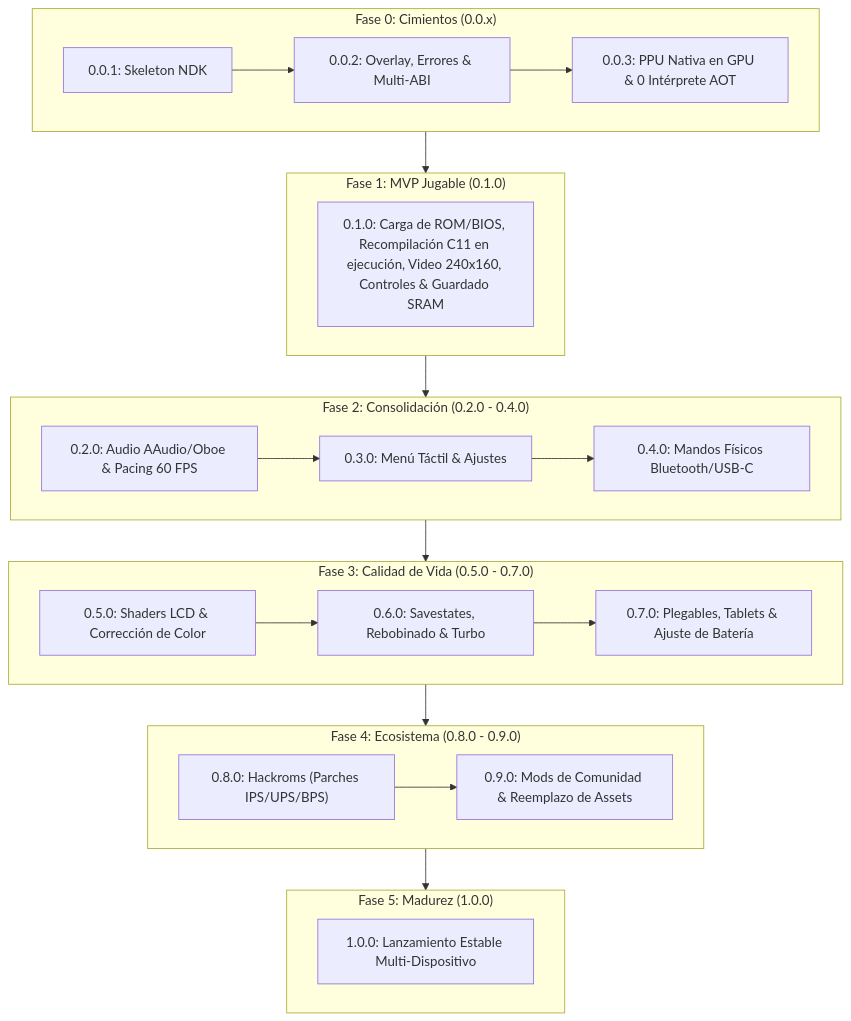
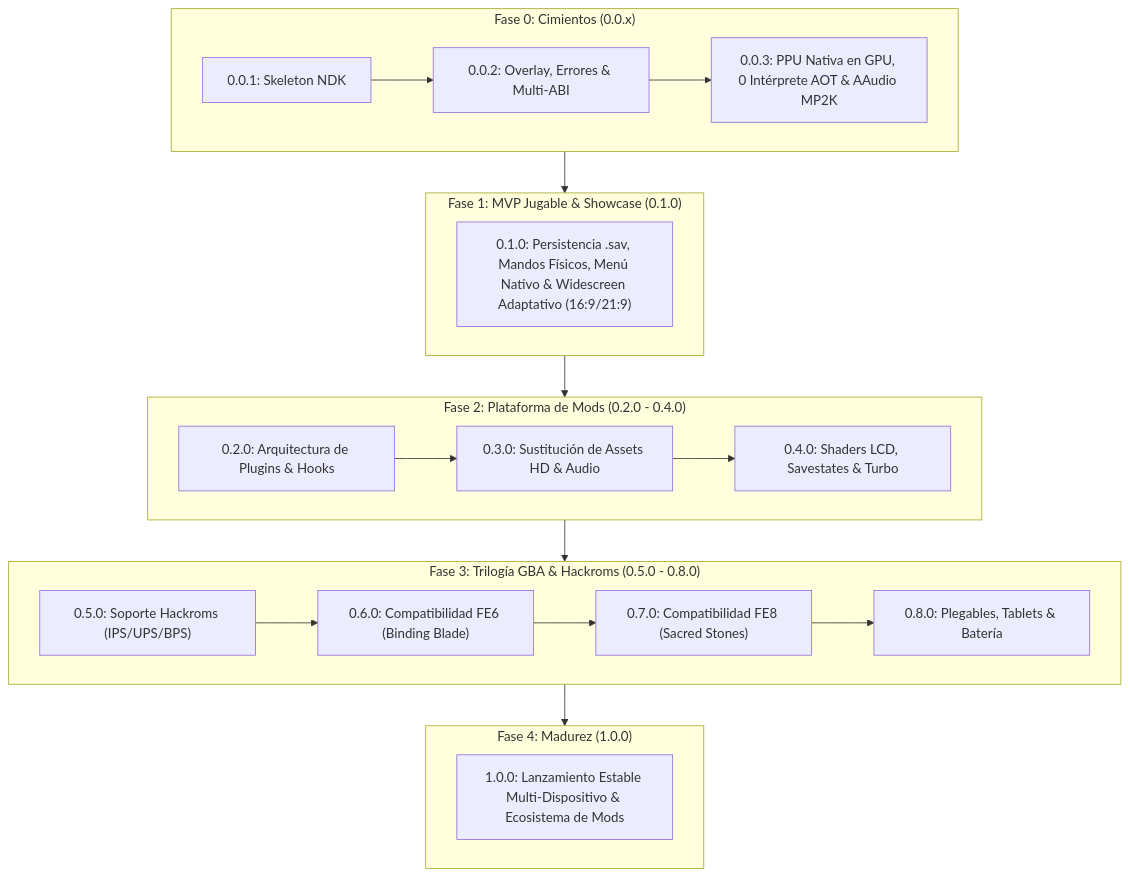
Before and after one commit to FelipeRomeroDUOC/blazing-recomp: the diagram in docs/explicacion/roadmap-y-versionado.md, drawn with Mermaid. The commit also changed other lines of this file and 7 other files, not shown here.

````diff
--- a/docs/explicacion/roadmap-y-versionado.md
+++ b/docs/explicacion/roadmap-y-versionado.md
@@ -63,36 +64,31 @@
 ```mermaid
 flowchart TD
     subgraph Fase0["Fase 0: Cimientos (0.0.x)"]
-        F0A["0.0.1: Skeleton NDK"] --> F0B["0.0.2: Overlay, Errores & Multi-ABI"] --> F0C["0.0.3: PPU Nativa en GPU & 0 Intérprete AOT"]
+        F0A["0.0.1: Skeleton NDK"] --> F0B["0.0.2: Overlay, Errores & Multi-ABI"] --> F0C["0.0.3: PPU Nativa en GPU, 0 Intérprete AOT & AAudio MP2K"]
     end
     
-    subgraph Fase1["Fase 1: MVP Jugable (0.1.0)"]
-        F1A["0.1.0: Carga de ROM/BIOS, Recompilación C11 en ejecución, Video 240x160, Controles & Guardado SRAM"]
+    subgraph Fase1["Fase 1: MVP Jugable & Showcase (0.1.0)"]
+        F1A["0.1.0: Persistencia .sav, Mandos Físicos, Menú Nativo & Widescreen Adaptativo (16:9/21:9)"]
     end
     
-    subgraph Fase2["Fase 2: Consolidación (0.2.0 - 0.4.0)"]
-        F2A["0.2.0: Audio AAudio/Oboe & Pacing 60 FPS"]
-        F2B["0.3.0: Menú Táctil & Ajustes"]
-        F2C["0.4.0: Mandos Físicos Bluetooth/USB-C"]
+    subgraph Fase2["Fase 2: Plataforma de Mods (0.2.0 - 0.4.0)"]
+        F2A["0.2.0: Arquitectura de Plugins & Hooks"]
+        F2B["0.3.0: Sustitución de Assets HD & Audio"]
+        F2C["0.4.0: Shaders LCD, Savestates & Turbo"]
         F2A --> F2B --> F2C
     end
     
-    subgraph Fase3["Fase 3: Calidad de Vida (0.5.0 - 0.7.0)"]
-        F3A["0.5.0: Shaders LCD & Corrección de Color"]
-        F3B["0.6.0: Savestates, Rebobinado & Turbo"]
-        F3C["0.7.0: Plegables, Tablets & Ajuste de Batería"]
-        F3A --> F3B --> F3C
+    subgraph Fase3["Fase 3: Trilogía GBA & Hackroms (0.5.0 - 0.8.0)"]
+        F3A["0.5.0: Soporte Hackroms (IPS/UPS/BPS)"]
+        F3B["0.6.0: Compatibilidad FE6 (Binding Blade)"]
+        F3C["0.7.0: Compatibilidad FE8 (Sacred Stones)"]
+        F3D["0.8.0: Plegables, Tablets & Batería"]
+        F3A --> F3B --> F3C --> F3D
     end
     
-    subgraph Fase4["Fase 4: Ecosistema (0.8.0 - 0.9.0)"]
-        F4A["0.8.0: Hackroms (Parches IPS/UPS/BPS)"]
-        F4B["0.9.0: Mods de Comunidad & Reemplazo de Assets"]
-        F4A --> F4B
-    end
-    
-    subgraph Fase5["Fase 5: Madurez (1.0.0)"]
-        F5A["1.0.0: Lanzamiento Estable Multi-Dispositivo"]
+    subgraph Fase4["Fase 4: Madurez (1.0.0)"]
+        F4A["1.0.0: Lanzamiento Estable Multi-Dispositivo & Ecosistema de Mods"]
     end
 
-    Fase0 --> Fase1 --> Fase2 --> Fase3 --> Fase4 --> Fase5
+    Fase0 --> Fase1 --> Fase2 --> Fase3 --> Fase4
 ```
````
